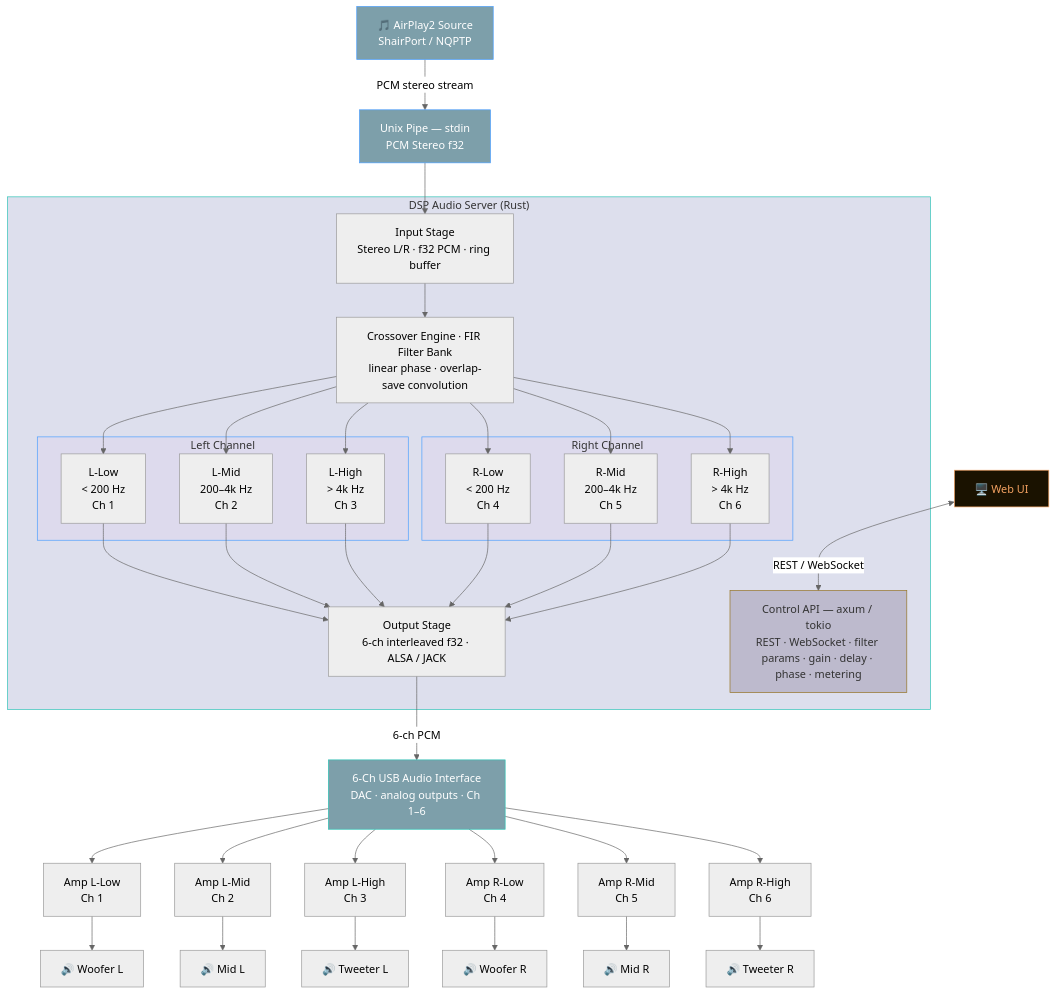
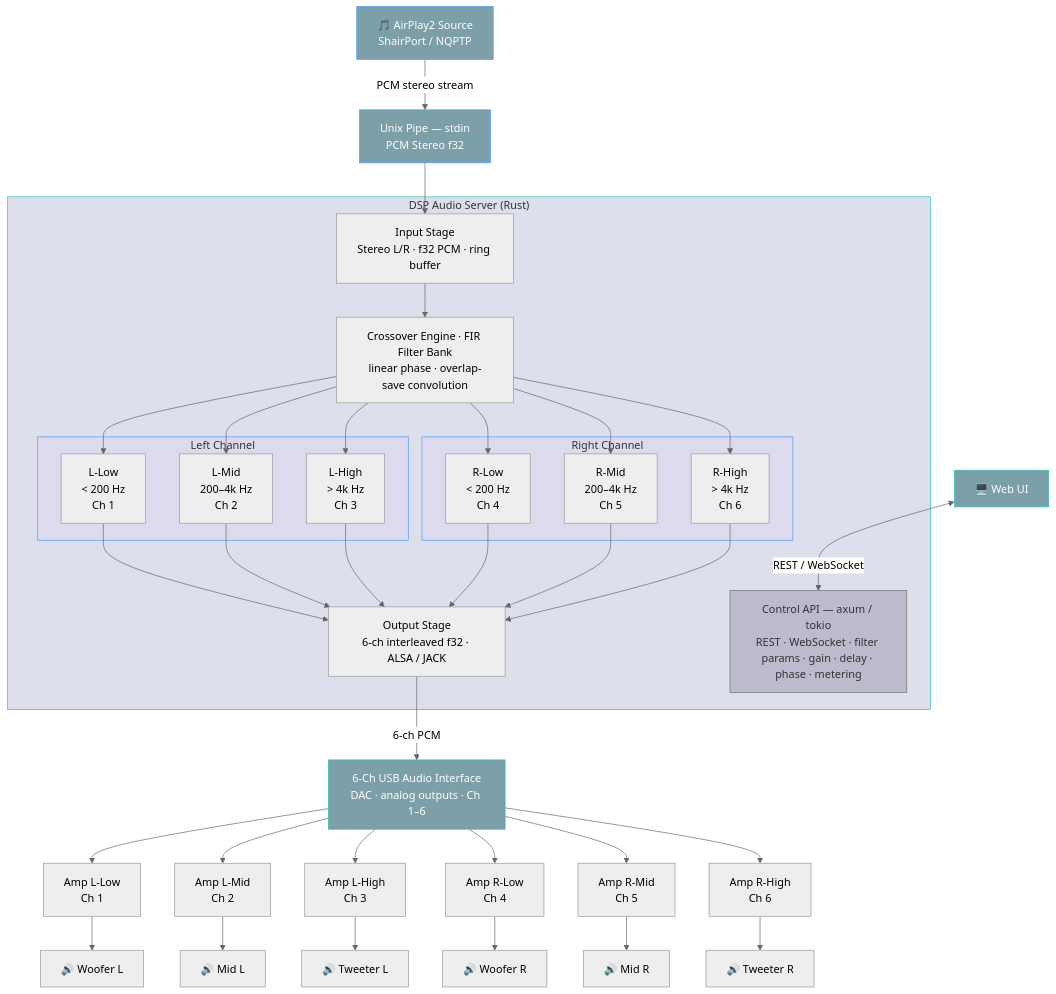
Before and after one commit to DirectX/digital-crossover-dsp: the diagram in README.md, drawn with Mermaid (neutral theme).

Commit message:
Fix in styles

````diff
--- a/README.md
+++ b/README.md
@@ -5,63 +5,63 @@
 ```mermaid
 flowchart TD
     AP["🎵 AirPlay2 Source\nShairPort / NQPTP"]
     PIPE["Unix Pipe — stdin\nPCM Stereo f32"]
 
     AP -->|"PCM stereo stream"| PIPE
 
     subgraph DSP["DSP Audio Server (Rust)"]
         IN["Input Stage\nStereo L/R · f32 PCM · ring buffer"]
         FIR["Crossover Engine · FIR Filter Bank\nlinear phase · overlap-save convolution"]
 
         IN --> FIR
 
         FIR --> LL["L-Low\n< 200 Hz\nCh 1"]
         FIR --> LM["L-Mid\n200–4k Hz\nCh 2"]
         FIR --> LH["L-High\n> 4k Hz\nCh 3"]
         FIR --> RL["R-Low\n< 200 Hz\nCh 4"]
         FIR --> RM["R-Mid\n200–4k Hz\nCh 5"]
         FIR --> RH["R-High\n> 4k Hz\nCh 6"]
 
         subgraph LCH["Left Channel"]
             LL
             LM
             LH
         end
 
         subgraph RCH["Right Channel"]
             RL
             RM
             RH
         end
 
         OUT["Output Stage\n6-ch interleaved f32 · ALSA / JACK"]
         API["Control API — axum / tokio\nREST · WebSocket · filter params · gain · delay · phase · metering"]
 
         LL & LM & LH & RL & RM & RH --> OUT
     end
 
     PIPE --> IN
 
     OUT -->|"6-ch PCM"| DAC["6-Ch USB Audio Interface\nDAC · analog outputs · Ch 1–6"]
 
     DAC --> A1["Amp L-Low\nCh 1"] & A2["Amp L-Mid\nCh 2"] & A3["Amp L-High\nCh 3"]
     DAC --> A4["Amp R-Low\nCh 4"] & A5["Amp R-Mid\nCh 5"] & A6["Amp R-High\nCh 6"]
 
     A1 --> D1["🔊 Woofer L"]
     A2 --> D2["🔊 Mid L"]
     A3 --> D3["🔊 Tweeter L"]
     A4 --> D4["🔊 Woofer R"]
     A5 --> D5["🔊 Mid R"]
     A6 --> D6["🔊 Tweeter R"]
 
     WEBUI["🖥️ Web UI"] <-->|"REST / WebSocket"| API
 
     style DSP fill:#dddfed,stroke:#2ec4b6,color:#333
     style LCH fill:#dddaed,stroke:#4a9eff,color:#333
     style RCH fill:#dddaed,stroke:#4a9eff,color:#333
-    style API fill:#bdbacd,stroke:#947221,color:#333
-    style WEBUI fill:#1a1200,stroke:#f4a261,color:#f4a261
+    style API fill:#bdbacd,stroke:#747271,color:#333
+    style WEBUI fill:#7d9faa,stroke:#2ec4b6,color:#fff
     style AP fill:#7d9faa,stroke:#4a9eff,color:#fff
     style PIPE fill:#7d9faa,stroke:#4a9eff,color:#fff
     style DAC fill:#7d9faa,stroke:#2ec4b6,color:#fff
 ```
````
